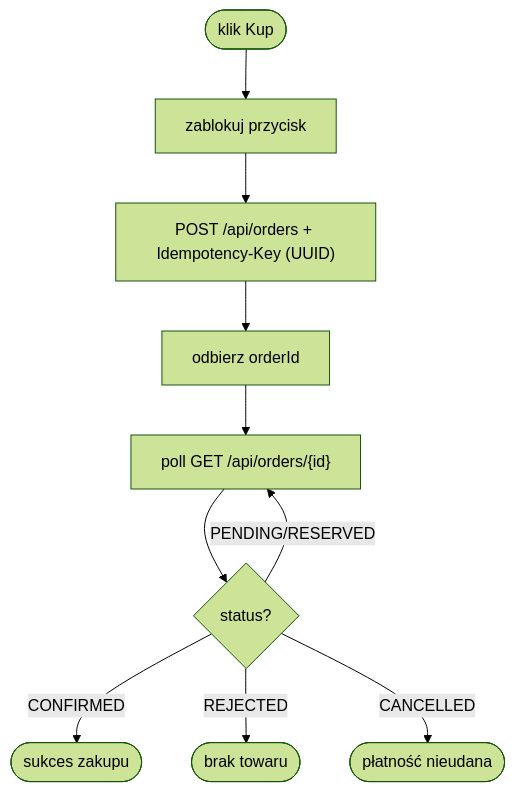
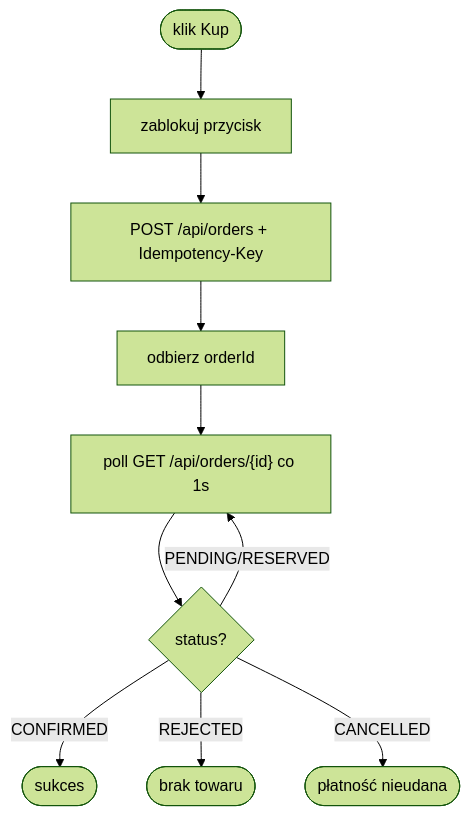
The second of 2 diagrams in README.md (ai-bot-playground/shop-ui), drawn with Mermaid (forest theme) before and after one commit. The commit also changed other lines of this file, not shown here.

````diff
--- a/README.md
+++ b/README.md
@@ -53,12 +38,12 @@
 ```mermaid
 flowchart TD
     A(["klik Kup"]) --> B["zablokuj przycisk"]
-    B --> C["POST /api/orders + Idempotency-Key (UUID)"]
+    B --> C["POST /api/orders + Idempotency-Key"]
     C --> D["odbierz orderId"]
-    D --> E["poll GET /api/orders/{id}"]
+    D --> E["poll GET /api/orders/{id} co 1s"]
     E --> F{"status?"}
     F -- "PENDING/RESERVED" --> E
-    F -- CONFIRMED --> G(["sukces zakupu"])
+    F -- CONFIRMED --> G(["sukces"])
     F -- REJECTED --> H(["brak towaru"])
     F -- CANCELLED --> I(["płatność nieudana"])
 ```
````
